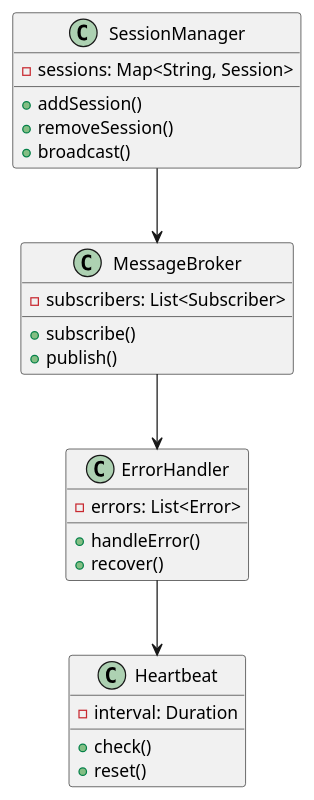
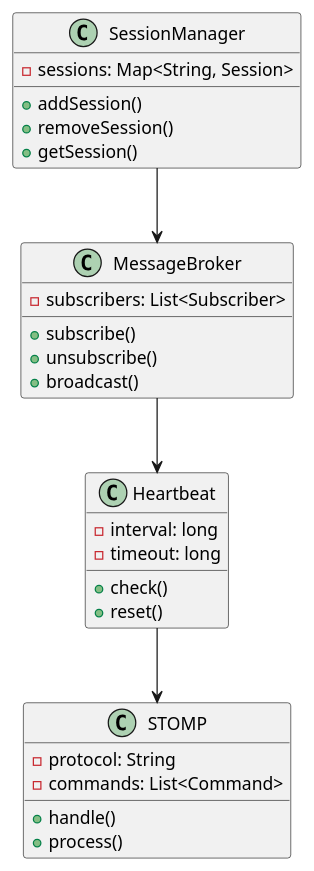
Before and after one commit to fine5351/info-sync: the second of 3 diagrams in doc/learning/lib/spring_websocket_tutorial.md, drawn with PlantUML. The commit also changed other lines of this file and 4 other files, not shown here.

````diff
--- a/doc/learning/lib/spring_websocket_tutorial.md
+++ b/doc/learning/lib/spring_websocket_tutorial.md
@@ -101,32 +124,35 @@
 ```plantuml
 @startuml
 class SessionManager {
     - sessions: Map<String, Session>
     + addSession()
     + removeSession()
-    + broadcast()
+    + getSession()
 }
 
 class MessageBroker {
     - subscribers: List<Subscriber>
     + subscribe()
-    + publish()
-}
-
-class ErrorHandler {
-    - errors: List<Error>
-    + handleError()
-    + recover()
+    + unsubscribe()
+    + broadcast()
 }
 
 class Heartbeat {
-    - interval: Duration
+    - interval: long
+    - timeout: long
     + check()
     + reset()
 }
 
+class STOMP {
+    - protocol: String
+    - commands: List<Command>
+    + handle()
+    + process()
+}
+
 SessionManager --> MessageBroker
-MessageBroker --> ErrorHandler
-ErrorHandler --> Heartbeat
+MessageBroker --> Heartbeat
+Heartbeat --> STOMP
 @enduml
 ```
````
